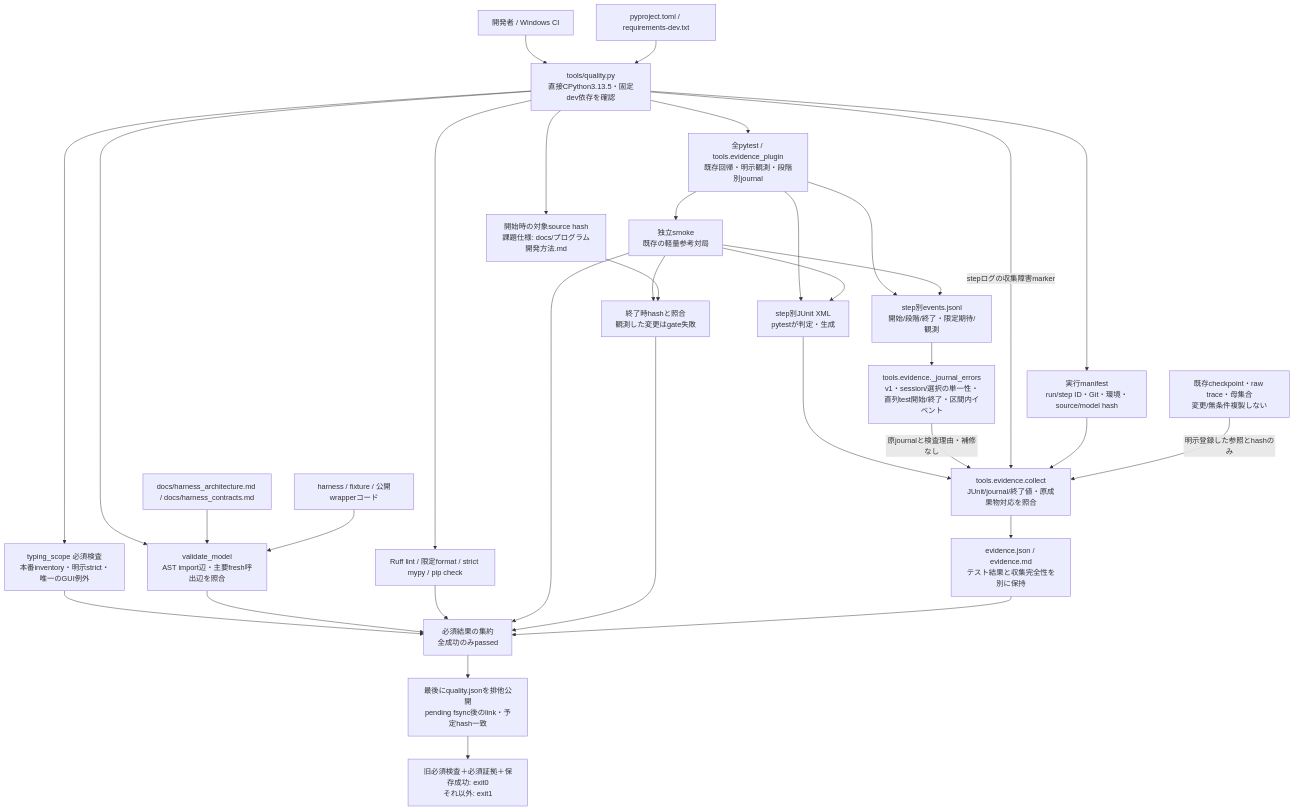
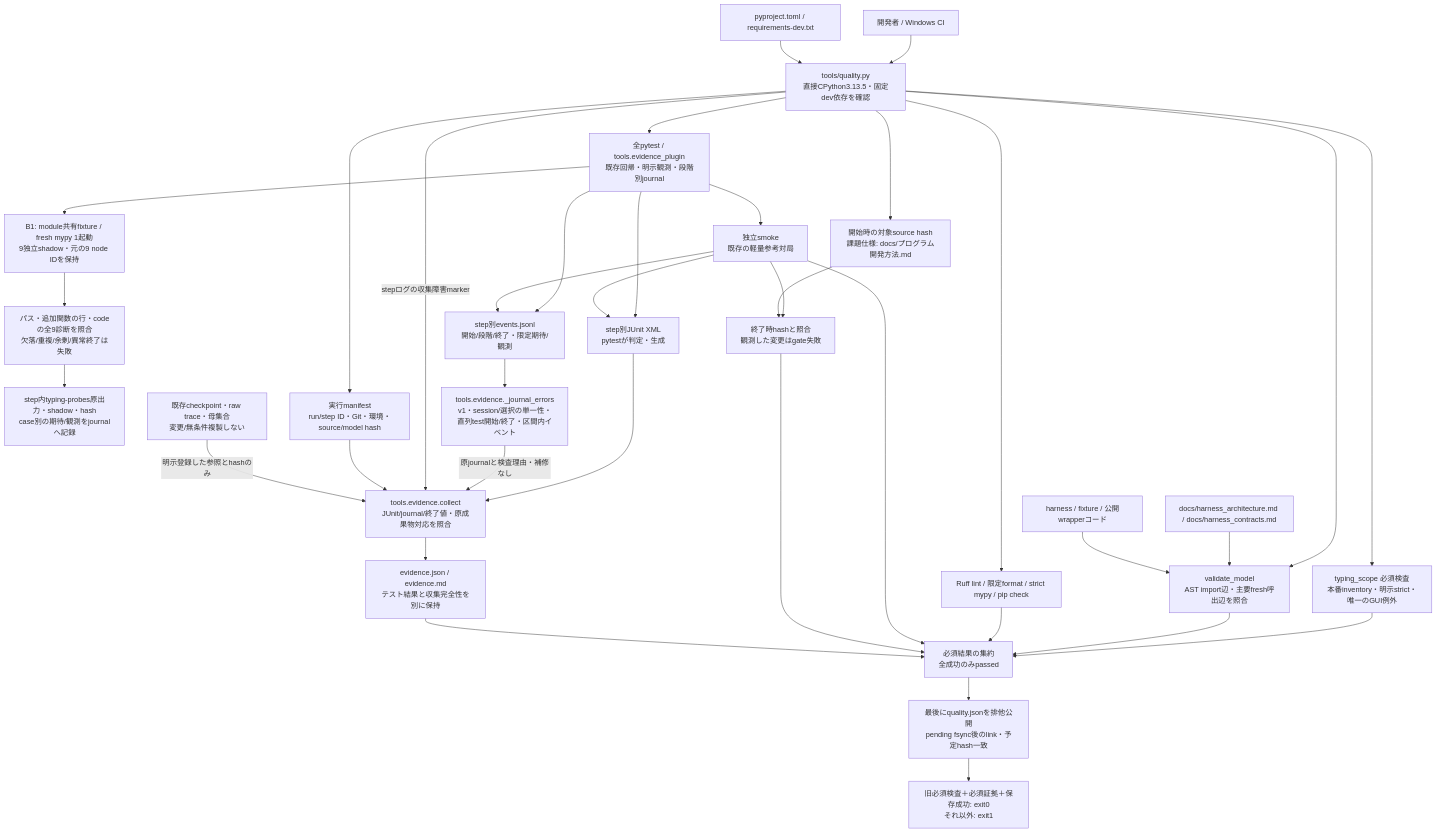
The sixth of 11 diagrams in docs/harness_architecture.md (nonnhjleno/reversi-ai), drawn with Mermaid before and after one commit. The commit also changed other lines of this file and 5 other files, not shown here.

````diff
--- a/docs/harness_architecture.md
+++ b/docs/harness_architecture.md
@@ -327,35 +327,38 @@
 ```mermaid
 flowchart TD
     DEV["開発者 / Windows CI"] --> Q["tools/quality.py<br/>直接CPython3.13.5・固定dev依存を確認"]
     CFG["pyproject.toml / requirements-dev.txt"] --> Q
     Q --> M["validate_model<br/>AST import辺・主要fresh呼出辺を照合"]
     DOC["docs/harness_architecture.md / docs/harness_contracts.md"] --> M
     CODE["harness / fixture / 公開wrapperコード"] --> M
     Q --> SC["typing_scope 必須検査<br/>本番inventory・明示strict・唯一のGUI例外"]
     SC --> OUT
     Q --> L["Ruff lint / 限定format / strict mypy / pip check"]
     Q --> T["全pytest / tools.evidence_plugin<br/>既存回帰・明示観測・段階別journal"]
+    T --> B9["B1: module共有fixture / fresh mypy 1起動<br/>9独立shadow・元の9 node IDを保持"]
+    B9 --> BD["パス・追加関数の行・codeの全9診断を照合<br/>欠落/重複/余剰/異常終了は失敗"]
+    BD --> BR["step内typing-probes原出力・shadow・hash<br/>case別の期待/観測をjournalへ記録"]
     T --> S["独立smoke<br/>既存の軽量参考対局"]
     M --> OUT["必須結果の集約<br/>全成功のみpassed"]
     L --> OUT
     S --> OUT
     Q --> SNAP["開始時の対象source hash<br/>課題仕様: docs/プログラム開発方法.md"]
     S --> SAME["終了時hashと照合<br/>観測した変更はgate失敗"]
     SNAP --> SAME
     SAME --> OUT
     T --> XML["step別JUnit XML<br/>pytestが判定・生成"]
     S --> XML
     T --> JOURNAL["step別events.jsonl<br/>開始/段階/終了・限定期待/観測"]
     S --> JOURNAL
     Q --> MAN["実行manifest<br/>run/step ID・Git・環境・source/model hash"]
     XML --> EC["tools.evidence.collect<br/>JUnit/journal/終了値・原成果物対応を照合"]
     JOURNAL --> JL["tools.evidence._journal_errors<br/>v1・session/選択の単一性・直列test開始/終了・区間内イベント"]
     JL -->|"原journalと検査理由・補修なし"| EC
     Q -->|"stepログの収集障害marker"| EC
     MAN --> EC
     ORIGINAL["既存checkpoint・raw trace・母集合<br/>変更/無条件複製しない"] -->|"明示登録した参照とhashのみ"| EC
     EC --> EV["evidence.json / evidence.md<br/>テスト結果と収集完全性を別に保持"]
     EV --> OUT
     OUT --> LOG["最後にquality.jsonを排他公開<br/>pending fsync後のlink・予定hash一致"]
     LOG --> EXIT["旧必須検査＋必須証拠＋保存成功: exit0<br/>それ以外: exit1"]
 ```
````
